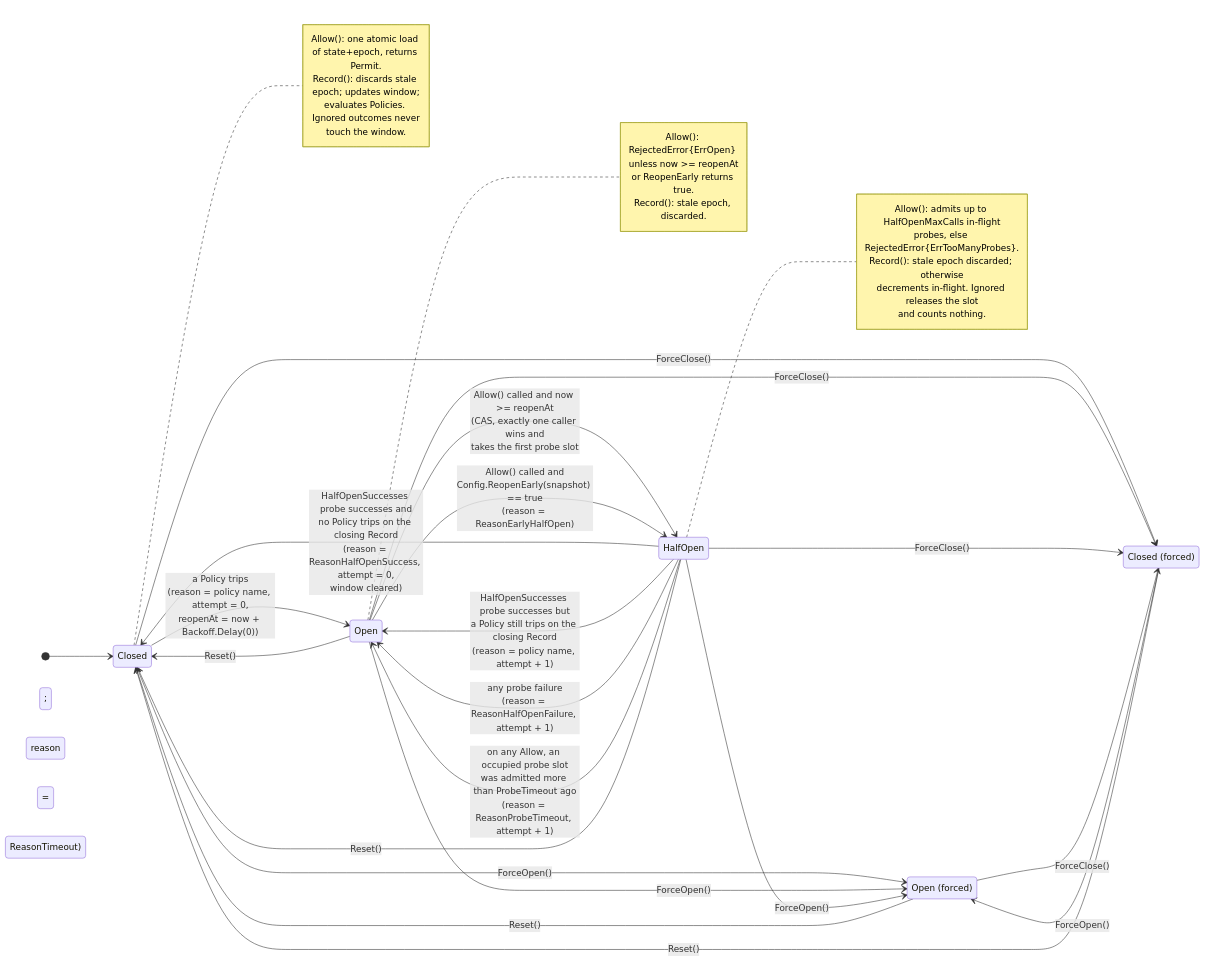
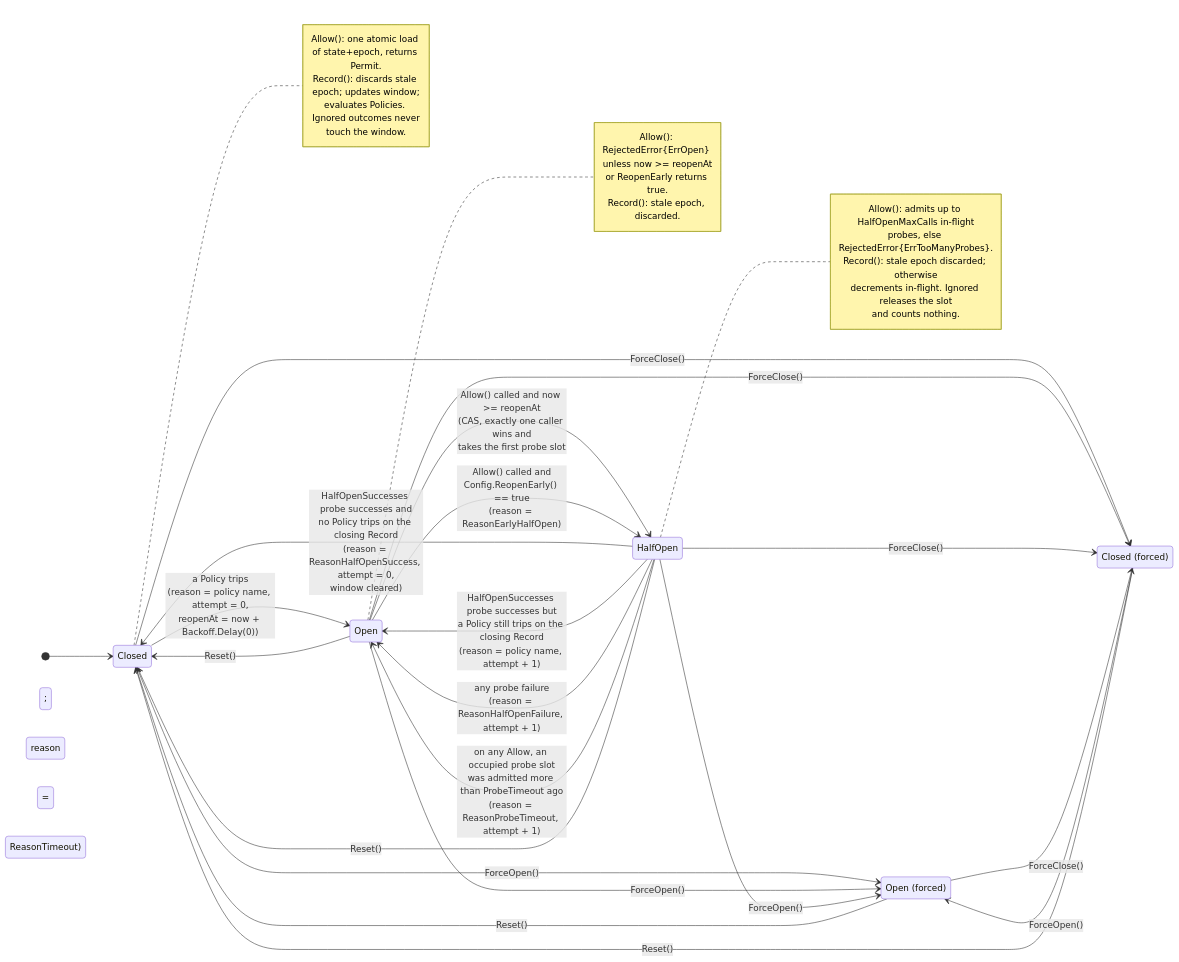
The diagram in docs/superpowers/specs/2026-10-26-circuit-breaker-design.md (barnowlsnest/go-circuitbreakerlib), drawn with Mermaid before and after one commit. The commit also changed 1 other file, not shown here.

Commit message:
docs: plan review residuals

````diff
--- a/docs/superpowers/specs/2026-10-26-circuit-breaker-design.md
+++ b/docs/superpowers/specs/2026-10-26-circuit-breaker-design.md
@@ -231,54 +231,54 @@
 ```mermaid
 stateDiagram-v2
     direction LR
 
     [*] --> Closed
 
     Closed --> Open : a Policy trips<br/>(reason = policy name, attempt = 0,<br/>reopenAt = now + Backoff.Delay(0))
 
     Open --> HalfOpen : Allow() called and now >= reopenAt<br/>(CAS, exactly one caller wins and<br/>takes the first probe slot; reason = ReasonTimeout)
 
-    Open --> HalfOpen : Allow() called and<br/>Config.ReopenEarly(snapshot) == true<br/>(reason = ReasonEarlyHalfOpen)
+    Open --> HalfOpen : Allow() called and<br/>Config.ReopenEarly() == true<br/>(reason = ReasonEarlyHalfOpen)
 
     HalfOpen --> Closed : HalfOpenSuccesses probe successes and<br/>no Policy trips on the closing Record<br/>(reason = ReasonHalfOpenSuccess, attempt = 0,<br/>window cleared)
     HalfOpen --> Open : HalfOpenSuccesses probe successes but<br/>a Policy still trips on the closing Record<br/>(reason = policy name, attempt + 1)
     HalfOpen --> Open : any probe failure<br/>(reason = ReasonHalfOpenFailure, attempt + 1)
     HalfOpen --> Open : on any Allow, an occupied probe slot<br/>was admitted more than ProbeTimeout ago<br/>(reason = ReasonProbeTimeout, attempt + 1)
 
     state "Closed (forced)" as FClosed
     state "Open (forced)" as FOpen
 
     Closed --> FOpen : ForceOpen()
     Open --> FOpen : ForceOpen()
     HalfOpen --> FOpen : ForceOpen()
     Closed --> FClosed : ForceClose()
     Open --> FClosed : ForceClose()
     HalfOpen --> FClosed : ForceClose()
 
     FOpen --> FClosed : ForceClose()
     FClosed --> FOpen : ForceOpen()
     FOpen --> Closed : Reset()
     FClosed --> Closed : Reset()
     Open --> Closed : Reset()
     HalfOpen --> Closed : Reset()
 
     note right of Closed
         Allow(): one atomic load of state+epoch, returns Permit.
         Record(): discards stale epoch; updates window;
         evaluates Policies. Ignored outcomes never
         touch the window.
     end note
 
     note right of Open
         Allow(): RejectedError{ErrOpen} unless now >= reopenAt<br/>or ReopenEarly returns true.
         Record(): stale epoch, discarded.
     end note
 
     note right of HalfOpen
         Allow(): admits up to HalfOpenMaxCalls in-flight
         probes, else RejectedError{ErrTooManyProbes}.
         Record(): stale epoch discarded; otherwise
         decrements in-flight. Ignored releases the slot
         and counts nothing.
     end note
 ```
````
